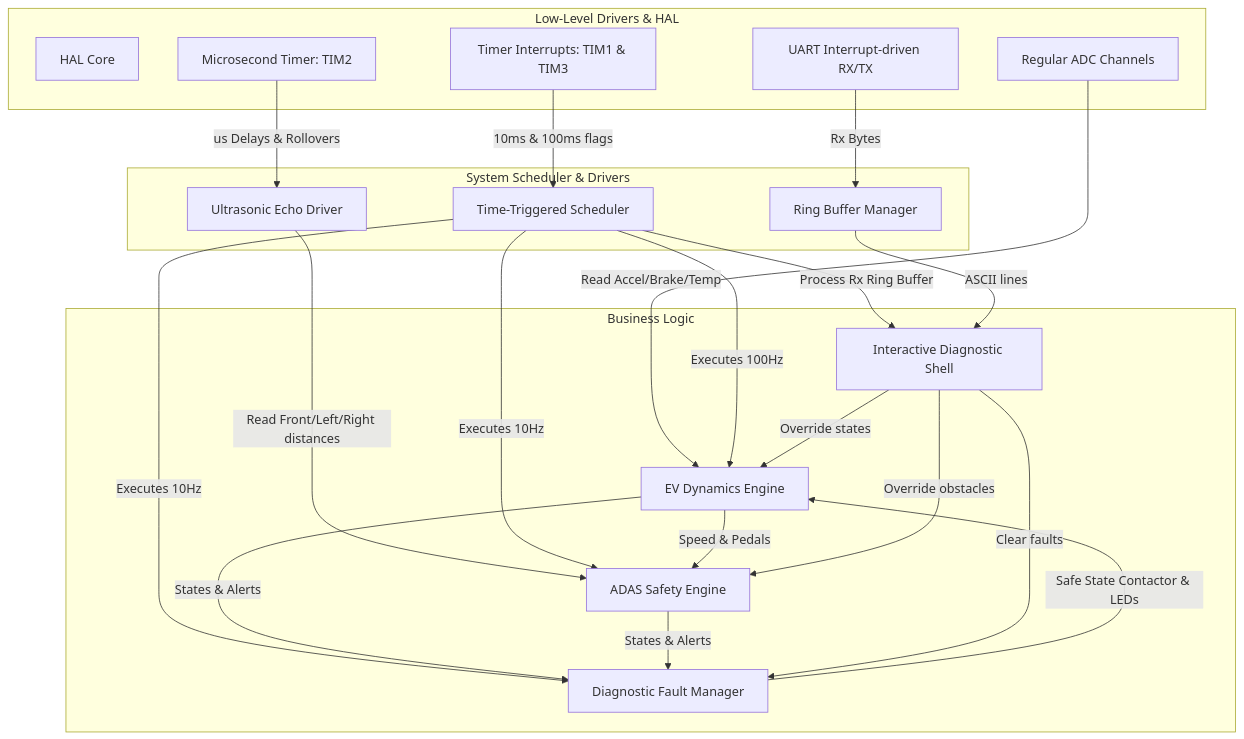
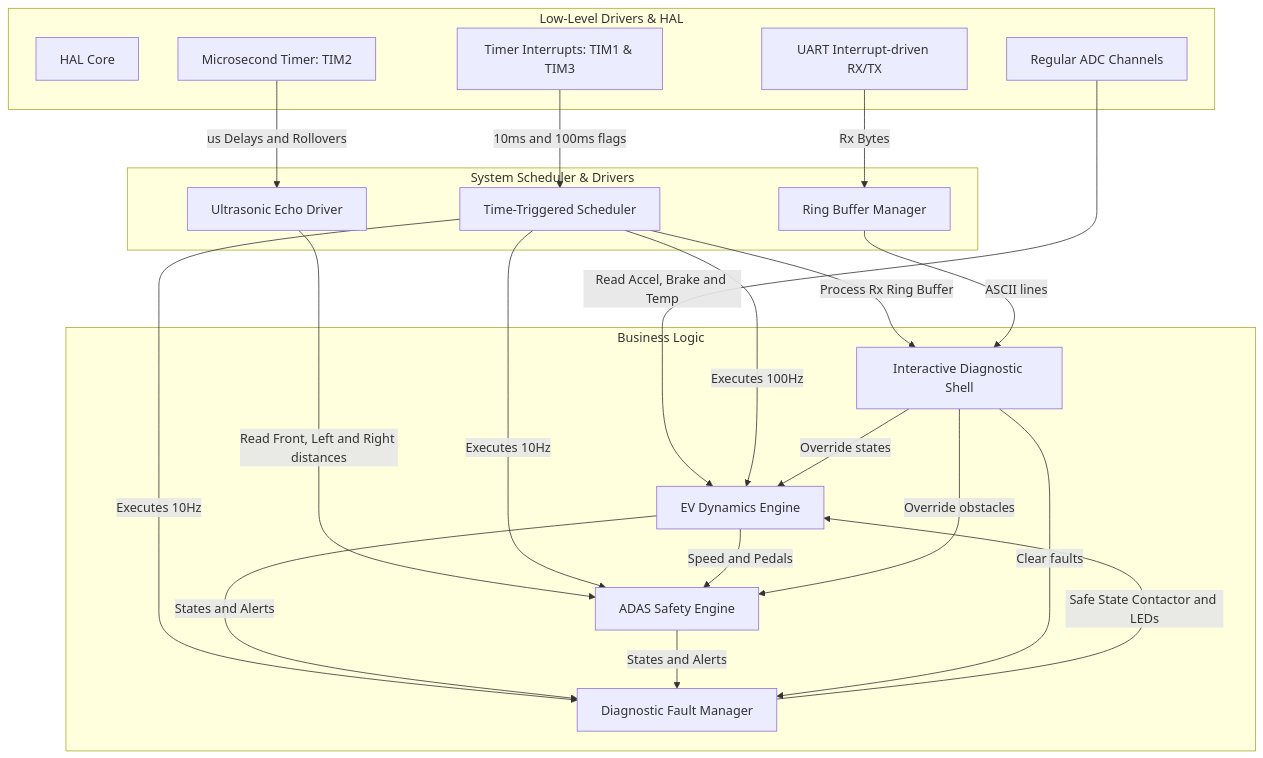
The second of 5 diagrams in README.md (ahana4banerjee/ev_adas_dashboard), drawn with Mermaid before and after one commit. The commit also changed other lines of this file, not shown here.

Commit message:
docs: clean up README formatting, remove license badge, and standardize mermaid diagram syntax

````diff
--- a/README.md
+++ b/README.md
@@ -143,49 +142,49 @@
 ```mermaid
 graph TD
     subgraph Driver_Layer [Low-Level Drivers & HAL]
         HAL_Init[HAL Core]
         ADC_Poll[Regular ADC Channels]
-        TIM_Ticks[Timer Interrupts: TIM1 & TIM3]
-        TIM2_US[Microsecond Timer: TIM2]
-        UART_IT[UART Interrupt-driven RX/TX]
+        TIM_Ticks["Timer Interrupts: TIM1 & TIM3"]
+        TIM2_US["Microsecond Timer: TIM2"]
+        UART_IT["UART Interrupt-driven RX/TX"]
     end
 
     subgraph Middleware_Layer [System Scheduler & Drivers]
         Sched[Time-Triggered Scheduler]
         US_Driver[Ultrasonic Echo Driver]
         Shell_RB[Ring Buffer Manager]
     end
 
     subgraph Application_Layer [Business Logic]
         EV_Dyn[EV Dynamics Engine]
         ADAS_Eng[ADAS Safety Engine]
         Fault_Mgr[Diagnostic Fault Manager]
         Shell_Cmd[Interactive Diagnostic Shell]
     end
 
     %% Timing links
-    TIM_Ticks -->|10ms & 100ms flags| Sched
-    TIM2_US -->|us Delays & Rollovers| US_Driver
+    TIM_Ticks -->|10ms and 100ms flags| Sched
+    TIM2_US -->|us Delays and Rollovers| US_Driver
     
     %% Input flow
-    ADC_Poll -->|Read Accel/Brake/Temp| EV_Dyn
-    US_Driver -->|Read Front/Left/Right distances| ADAS_Eng
+    ADC_Poll -->|Read Accel, Brake and Temp| EV_Dyn
+    US_Driver -->|Read Front, Left and Right distances| ADAS_Eng
 
     %% Execution loops
     Sched -->|Executes 100Hz| EV_Dyn
     Sched -->|Executes 10Hz| ADAS_Eng
     Sched -->|Executes 10Hz| Fault_Mgr
     Sched -->|Process Rx Ring Buffer| Shell_Cmd
     
     %% Interactions
-    EV_Dyn -->|Speed & Pedals| ADAS_Eng
-    EV_Dyn & ADAS_Eng -->|States & Alerts| Fault_Mgr
-    Fault_Mgr -->|Safe State Contactor & LEDs| EV_Dyn
+    EV_Dyn -->|Speed and Pedals| ADAS_Eng
+    EV_Dyn & ADAS_Eng -->|States and Alerts| Fault_Mgr
+    Fault_Mgr -->|Safe State Contactor and LEDs| EV_Dyn
     
     %% Diagnostics
     UART_IT -->|Rx Bytes| Shell_RB
     Shell_RB -->|ASCII lines| Shell_Cmd
     Shell_Cmd -->|Override states| EV_Dyn
     Shell_Cmd -->|Override obstacles| ADAS_Eng
     Shell_Cmd -->|Clear faults| Fault_Mgr
 ```
````
